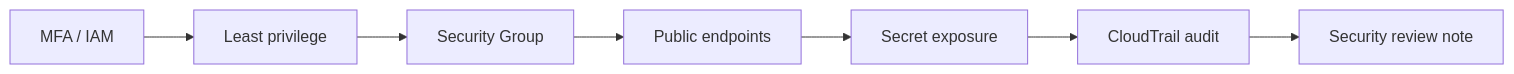
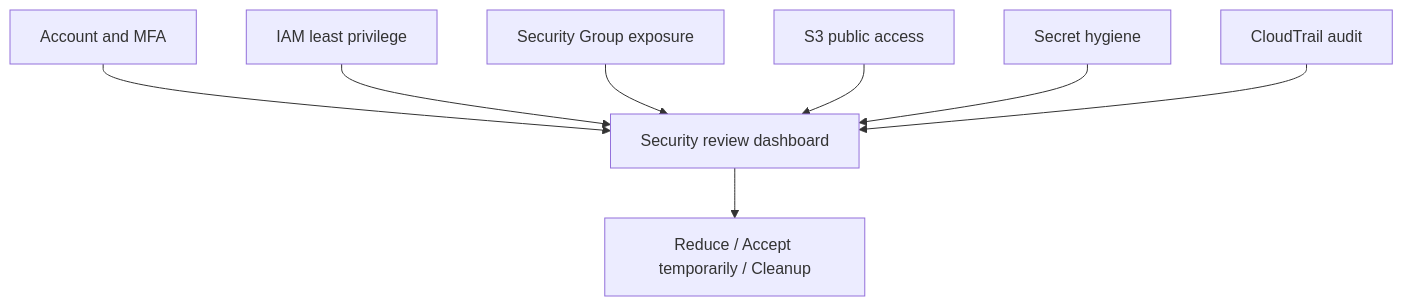
One commit to niceguy61/kdt_devops_lecture_2026_rev2 changed the diagram in week5/day5/lesson-03.md. Above: the diagram before and after it, drawn with Mermaid. The commit also changed other lines of this file and 2 other files, not shown here.

````diff
--- a/week5/day5/lesson-03.md
+++ b/week5/day5/lesson-03.md
@@ -24,9 +38,10 @@
 ```mermaid
-flowchart LR
-  Identity["MFA / IAM"] --> Access["Least privilege"]
-  Access --> Network["Security Group"]
-  Network --> Public["Public endpoints"]
-  Public --> Secret["Secret exposure"]
-  Secret --> Audit["CloudTrail audit"]
-  Audit --> Review["Security review note"]
+flowchart TD
+  Account["Account and MFA"] --> Dashboard["Security review dashboard"]
+  IAM["IAM least privilege"] --> Dashboard
+  SG["Security Group exposure"] --> Dashboard
+  S3["S3 public access"] --> Dashboard
+  Secret["Secret hygiene"] --> Dashboard
+  Trail["CloudTrail audit"] --> Dashboard
+  Dashboard --> Decision["Reduce / Accept temporarily / Cleanup"]
 ```
````
